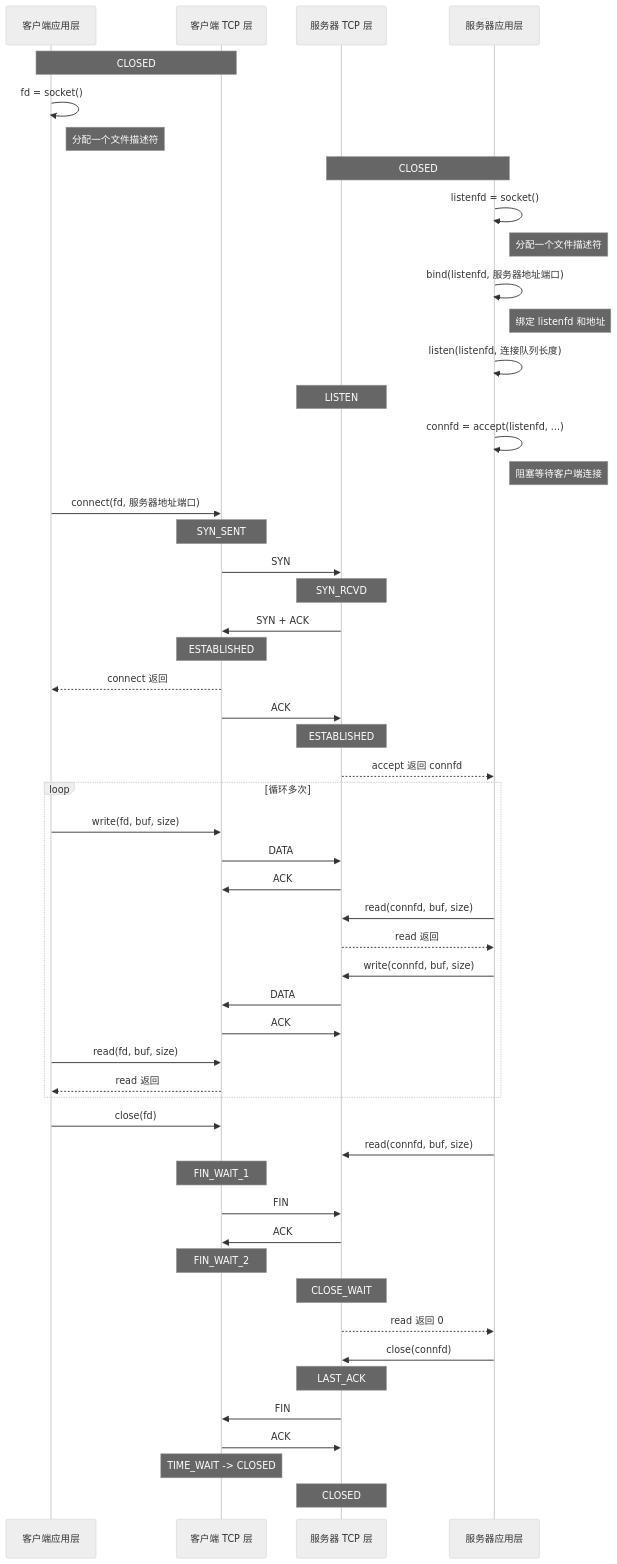
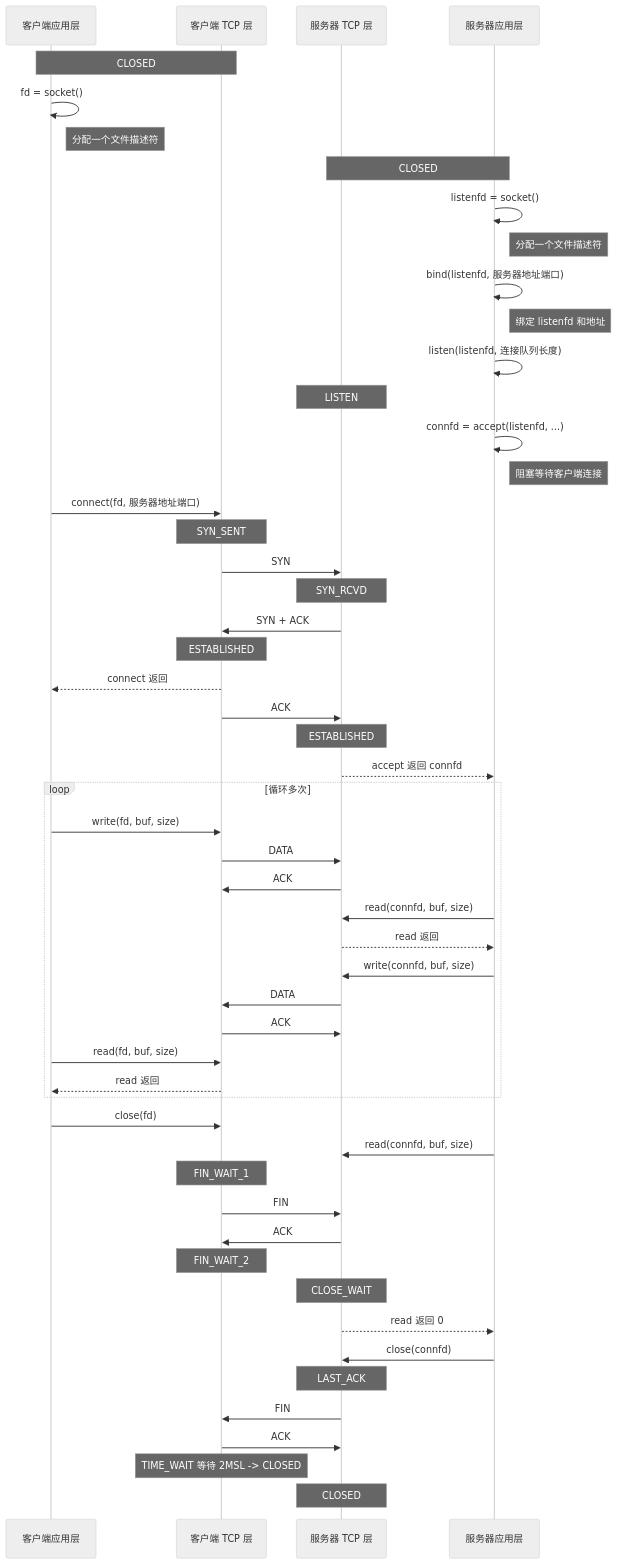
The diagram in linux网络编程/概念词条/TCP通信时序与代码对应关系.md (dadadadadniuzi/learning-for-work-), drawn with Mermaid (neutral theme) before and after one commit. The commit also changed other lines of this file and 19 other files, not shown here.

````diff
--- a/linux网络编程/概念词条/TCP通信时序与代码对应关系.md
+++ b/linux网络编程/概念词条/TCP通信时序与代码对应关系.md
@@ -17,60 +17,60 @@
 ```mermaid
 sequenceDiagram
     participant CA as 客户端应用层
     participant CT as 客户端 TCP 层
     participant ST as 服务器 TCP 层
     participant SA as 服务器应用层
 
     Note over CA,CT: CLOSED
     CA->>CA: fd = socket()
     Note right of CA: 分配一个文件描述符
 
     Note over SA,ST: CLOSED
     SA->>SA: listenfd = socket()
     Note right of SA: 分配一个文件描述符
     SA->>SA: bind(listenfd, 服务器地址端口)
     Note right of SA: 绑定 listenfd 和地址
     SA->>SA: listen(listenfd, 连接队列长度)
     Note over ST: LISTEN
     SA->>SA: connfd = accept(listenfd, ...)
     Note right of SA: 阻塞等待客户端连接
 
     CA->>CT: connect(fd, 服务器地址端口)
     Note over CT: SYN_SENT
     CT->>ST: SYN
     Note over ST: SYN_RCVD
     ST->>CT: SYN + ACK
     Note over CT: ESTABLISHED
     CT-->>CA: connect 返回
     CT->>ST: ACK
     Note over ST: ESTABLISHED
     ST-->>SA: accept 返回 connfd
 
     loop 循环多次
         CA->>CT: write(fd, buf, size)
         CT->>ST: DATA
         ST->>CT: ACK
         SA->>ST: read(connfd, buf, size)
         ST-->>SA: read 返回
         SA->>ST: write(connfd, buf, size)
         ST->>CT: DATA
         CT->>ST: ACK
         CA->>CT: read(fd, buf, size)
         CT-->>CA: read 返回
     end
 
     CA->>CT: close(fd)
     SA->>ST: read(connfd, buf, size)
     Note over CT: FIN_WAIT_1
     CT->>ST: FIN
     ST->>CT: ACK
     Note over CT: FIN_WAIT_2
     Note over ST: CLOSE_WAIT
     ST-->>SA: read 返回 0
     SA->>ST: close(connfd)
     Note over ST: LAST_ACK
     ST->>CT: FIN
     CT->>ST: ACK
-    Note over CT: TIME_WAIT -> CLOSED
+    Note over CT: TIME_WAIT 等待 2MSL -> CLOSED
     Note over ST: CLOSED
 ```
````
